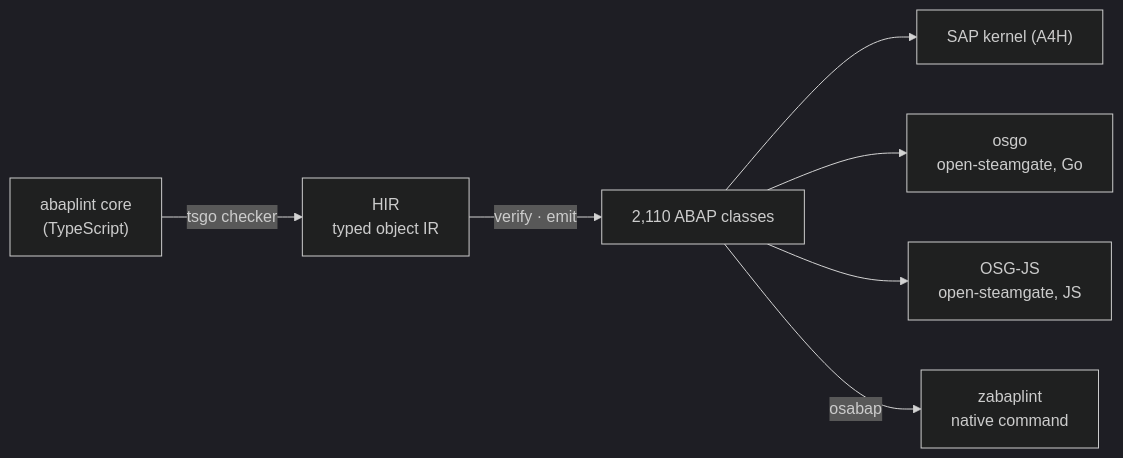
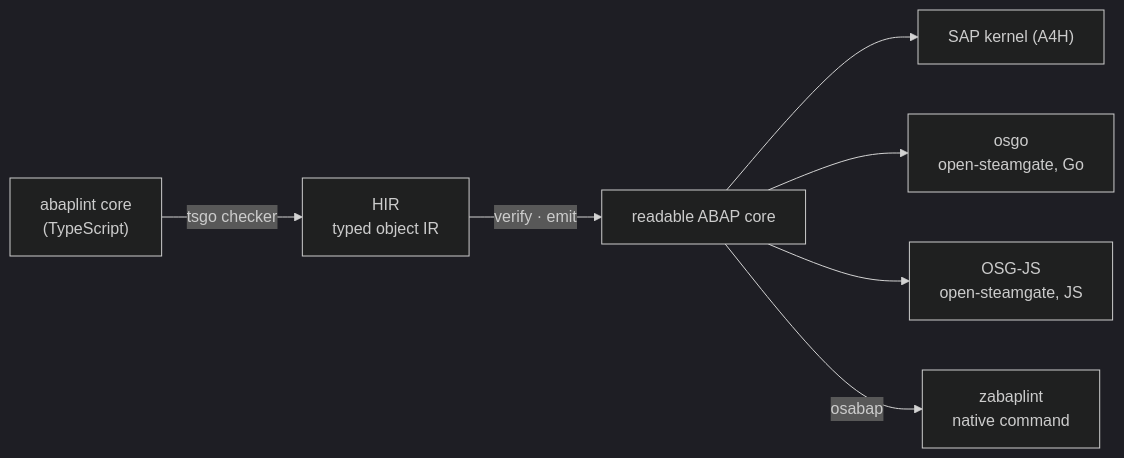
Before and after one commit to oisee/abapiti: the diagram in README.md, drawn with Mermaid (dark theme). The commit also changed other lines of this file and 7 other files, not shown here.

````diff
--- a/README.md
+++ b/README.md
@@ -31,9 +31,9 @@
 ```mermaid
 flowchart LR
   T["abaplint core<br/>(TypeScript)"] -->|"tsgo checker"| H["HIR<br/>typed object IR"]
-  H -->|verify · emit| A["2,110 ABAP classes"]
+  H -->|verify · emit| A["readable ABAP core"]
   A --> K["SAP kernel (A4H)"]
   A --> O["osgo<br/>open-steamgate, Go"]
   A --> J["OSG-JS<br/>open-steamgate, JS"]
   A -->|osabap| N["zabaplint<br/>native command"]
 ```
````
